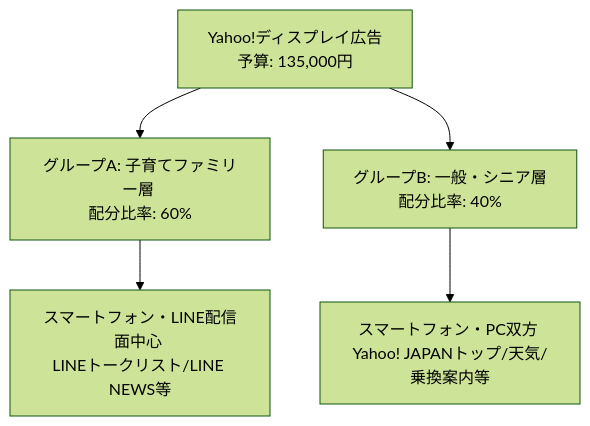
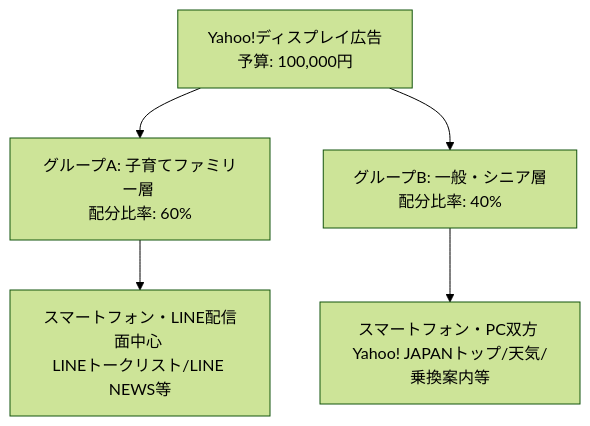
Before and after one commit to yamada-sap/shizuoka-fair-2026: the diagram in docs/02_プロモーション計画/Yahooディスプレイ広告配信計画書_2026.md, drawn with Mermaid (forest theme). The commit also changed other lines of this file, not shown here.

````diff
--- a/docs/02_プロモーション計画/Yahooディスプレイ広告配信計画書_2026.md
+++ b/docs/02_プロモーション計画/Yahooディスプレイ広告配信計画書_2026.md
@@ -30,8 +30,8 @@
 ```mermaid
 graph TD
-    YDA[Yahoo!ディスプレイ広告 <br>予算: 135,000円] --> GroupA[グループA: 子育てファミリー層 <br>配分比率: 60%]
+    YDA[Yahoo!ディスプレイ広告 <br>予算: 100,000円] --> GroupA[グループA: 子育てファミリー層 <br>配分比率: 60%]
     YDA --> GroupB[グループB: 一般・シニア層 <br>配分比率: 40%]
 
     GroupA --> PlacementA[スマートフォン・LINE配信面中心 <br>LINEトークリスト/LINE NEWS等]
     GroupB --> PlacementB[スマートフォン・PC双方 <br>Yahoo! JAPANトップ/天気/乗換案内等]
 ```
````
